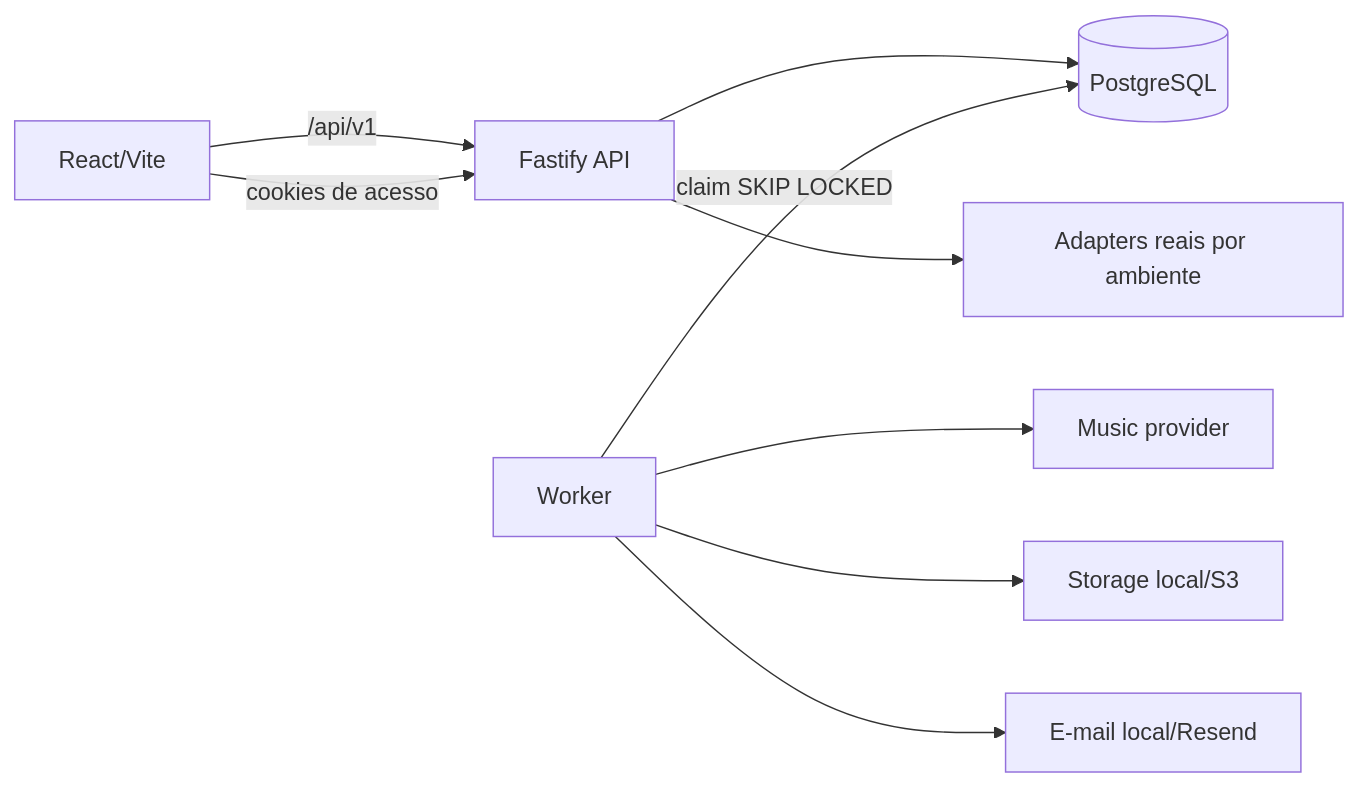
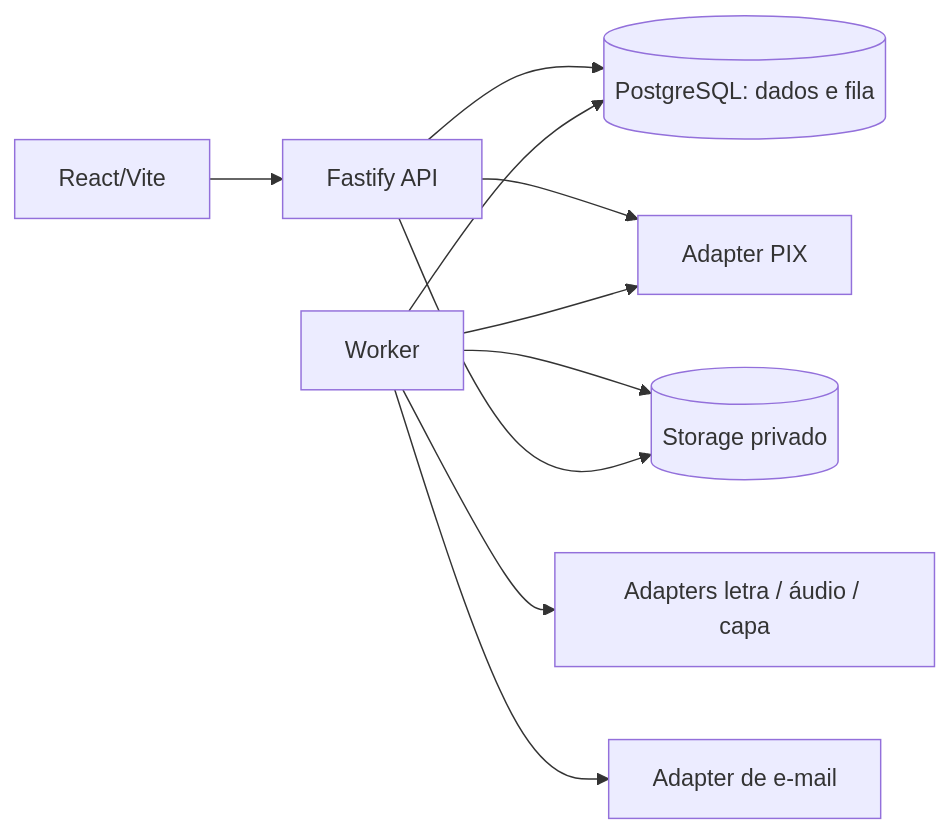
One commit to gustavospriebe/music changed the first of 2 diagrams in docs/architecture.md. Above: the diagram before and after it, drawn with Mermaid. The commit also changed other lines of this file and 242 other files, not shown here.

````diff
--- a/docs/architecture.md
+++ b/docs/architecture.md
@@ -3,11 +9,12 @@
 ```mermaid
 flowchart LR
-  W[React/Vite] -->|/api/v1| A[Fastify API]
-  A --> D[(PostgreSQL)]
-  A --> P[Adapters reais por ambiente]
-  K[Worker] -->|claim SKIP LOCKED| D
-  K --> M[Music provider]
-  K --> S[Storage local/S3]
-  K --> E[E-mail local/Resend]
-  W -->|cookies de acesso| A
+  Web[React/Vite] --> API[Fastify API]
+  API --> DB[(PostgreSQL: dados e fila)]
+  Worker[Worker] --> DB
+  API --> PIX[Adapter PIX]
+  Worker --> PIX
+  Worker --> IA[Adapters letra / áudio / capa]
+  Worker --> Mail[Adapter de e-mail]
+  Worker --> Bucket[(Storage privado)]
+  API --> Bucket
 ```
````
